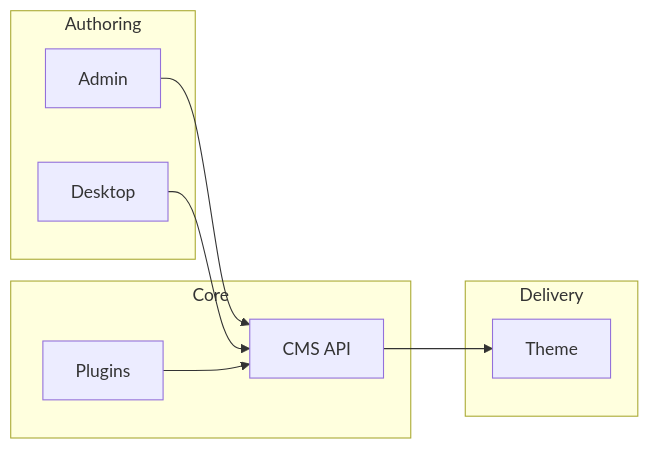
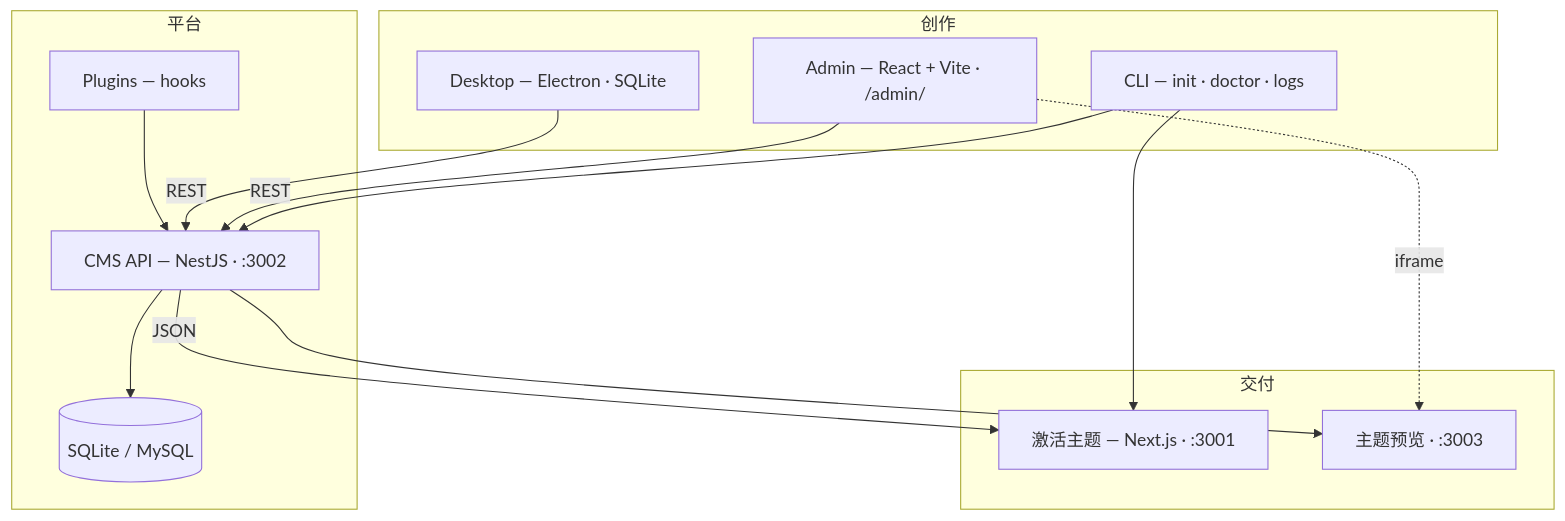
Before and after one commit to fecommunity/reactpress: the diagram in README-zh_CN.md, drawn with Mermaid. The commit also changed other lines of this file and 1 other file, not shown here.

````diff
--- a/README-zh_CN.md
+++ b/README-zh_CN.md
@@ -206,18 +197,29 @@
 ```mermaid
-flowchart LR
-  subgraph Authoring
-    Admin["Admin"]
-    Desktop["Desktop"]
+flowchart TB
+  subgraph Authoring["创作"]
+    CLI["CLI — init · doctor · logs"]
+    Admin["Admin — React + Vite · /admin/"]
+    Desktop["Desktop — Electron · SQLite"]
   end
-  subgraph Core
-    API["CMS API"]
-    Plugins["Plugins"]
+
+  subgraph Core["平台"]
+    API["CMS API — NestJS · :3002"]
+    Plugins["Plugins — hooks"]
+    DB[("SQLite / MySQL")]
   end
-  subgraph Delivery
-    Theme["Theme"]
+
+  subgraph Delivery["交付"]
+    Theme["激活主题 — Next.js · :3001"]
+    Preview["主题预览 · :3003"]
   end
-  Admin --> API
-  Desktop --> API
+
+  CLI --> API
+  CLI --> Theme
+  Admin -->|REST| API
+  Desktop -->|REST| API
   Plugins --> API
-  API --> Theme
+  API --> DB
+  API -->|JSON| Theme
+  API --> Preview
+  Admin -.->|iframe| Preview
 ```
````
